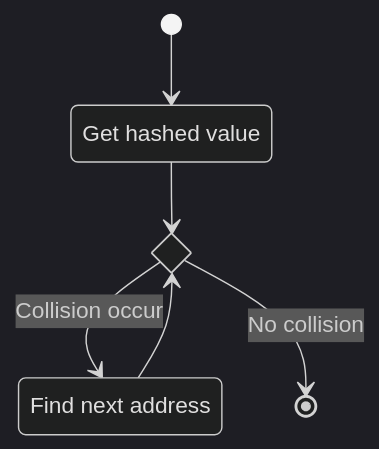
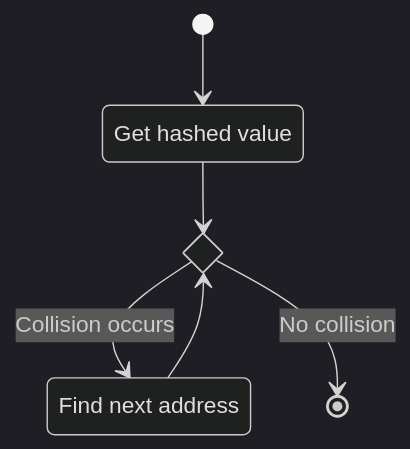
Before and after one commit to AsherJingkongChen/Mini-Note: the first of 2 diagrams in DSA-Problems/leetcode/tag-design/706-Design-HashMap/Concept.md, drawn with Mermaid (dark theme). The commit also changed 1 other file, not shown here.

Commit message:
Asher Chen commited at 2022-11-27_01-21-42

````diff
--- a/DSA-Problems/leetcode/tag-design/706-Design-HashMap/Concept.md
+++ b/DSA-Problems/leetcode/tag-design/706-Design-HashMap/Concept.md
@@ -38,11 +38,11 @@
 ```mermaid
 stateDiagram
     state COLL <<choice>>
     HASH: Get hashed value
     PROB: Find next address
     [*] --> HASH
     HASH --> COLL
-    COLL --> PROB: Collision occur
+    COLL --> PROB: Collision occurs
     COLL --> [*] : No collision
     PROB --> COLL
 ```
````
